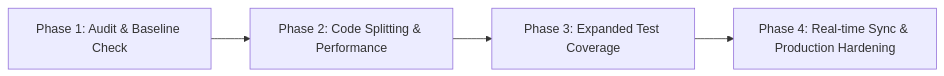
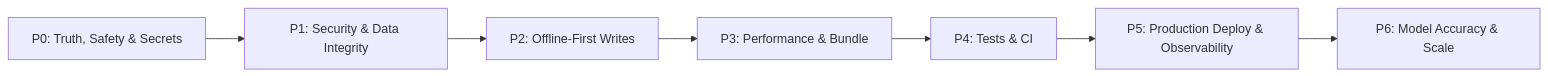
The diagram in PLAN.md (Manas-Dikshit/resq-ai-assistant), drawn with Mermaid before and after one commit. The commit also changed other lines of this file, not shown here.

````diff
--- a/PLAN.md
+++ b/PLAN.md
@@ -45,6 +198,9 @@
 ```mermaid
 flowchart LR
-    A[Phase 1: Audit & Baseline Check] --> B[Phase 2: Code Splitting & Performance]
-    B --> C[Phase 3: Expanded Test Coverage]
-    C --> D[Phase 4: Real-time Sync & Production Hardening]
+    P0[P0: Truth, Safety & Secrets] --> P1[P1: Security & Data Integrity]
+    P1 --> P2[P2: Offline-First Writes]
+    P2 --> P3[P3: Performance & Bundle]
+    P3 --> P4[P4: Tests & CI]
+    P4 --> P5[P5: Production Deploy & Observability]
+    P5 --> P6[P6: Model Accuracy & Scale]
 ```
````
